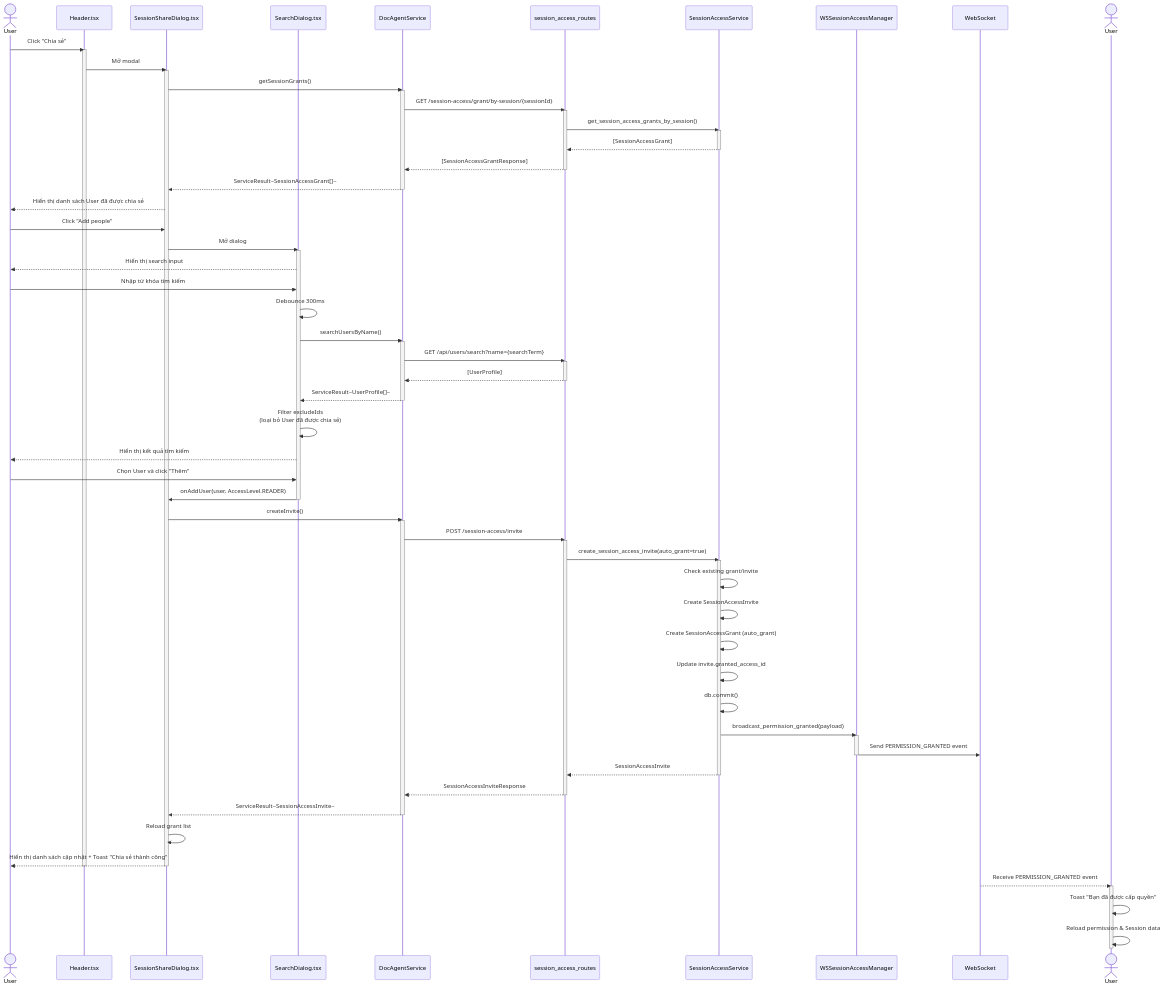
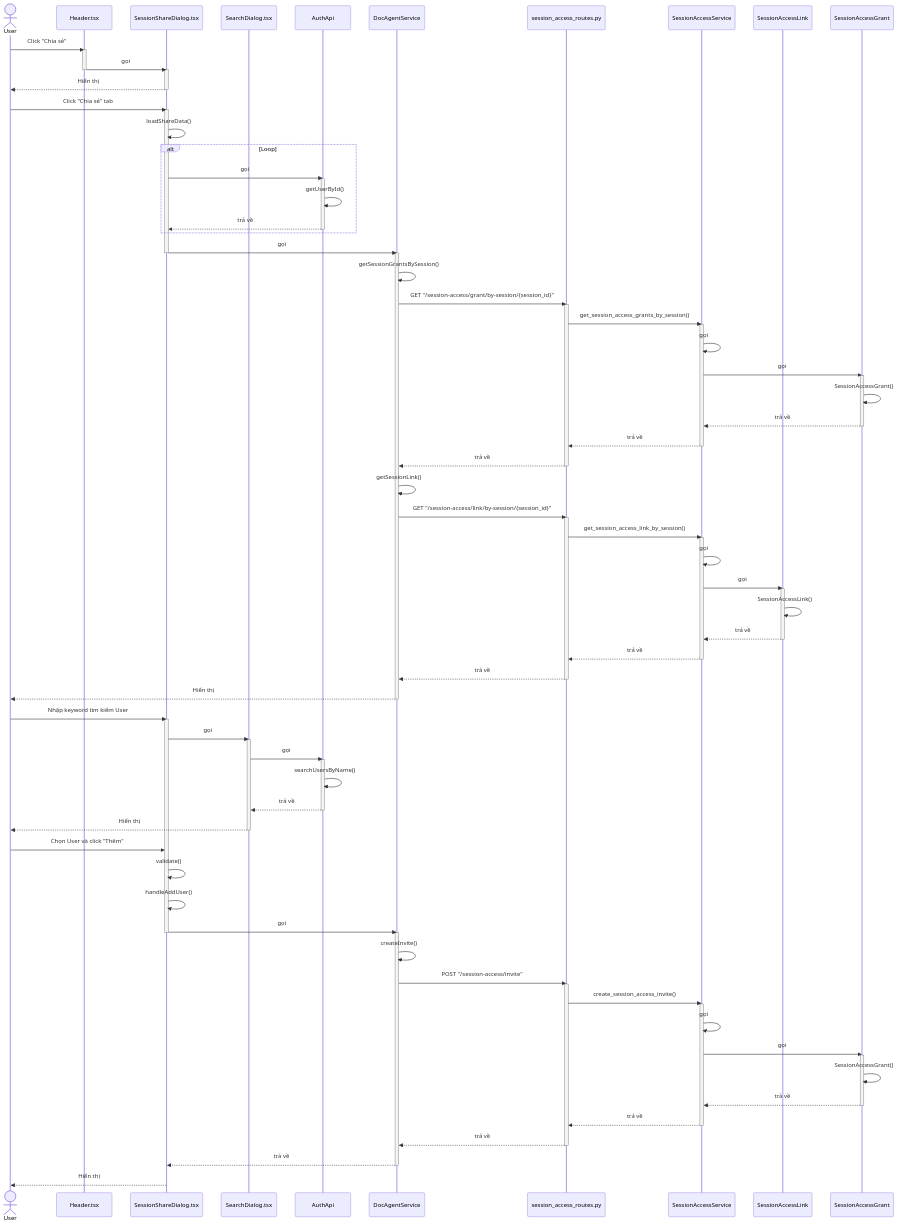
One commit to mduc-2610/gp_doc changed the first of 9 diagrams in session_access/4_session_access_seq.md. Above: the diagram before and after it, drawn with Mermaid. The commit also changed other lines of this file and 34 other files, not shown here.

````diff
--- a/session_access/4_session_access_seq.md
+++ b/session_access/4_session_access_seq.md
@@ -5,95 +5,134 @@
 ```mermaid
 sequenceDiagram
-    actor User1 as User
+    actor User
     participant Header as Header.tsx
-    participant ShareModal as SessionShareDialog.tsx
+    participant SessionShareDialog as SessionShareDialog.tsx
     participant SearchDialog as SearchDialog.tsx
+    participant AuthApi as AuthApi
     participant DocAgentService as DocAgentService
-    participant SessionAccessRoutes as session_access_routes
+    participant SessionAccessRoutes as session_access_routes.py
     participant SessionAccessService as SessionAccessService
-    participant WSManager as WSSessionAccessManager
-    participant WebSocket as WebSocket
-    actor User2 as User
+    participant SessionAccessLink as SessionAccessLink
+    participant SessionAccessGrant as SessionAccessGrant
 
-    User1->>Header: Click "Chia sẻ"
+    User->>Header: Click "Chia sẻ"
     activate Header
-    Header->>ShareModal: Mở modal
-    activate ShareModal
     
-    ShareModal->>DocAgentService: getSessionGrants()
+    Header->>SessionShareDialog: gọi
+    deactivate Header
+    activate SessionShareDialog
+    SessionShareDialog-->>User: Hiển thị
+    deactivate SessionShareDialog
+    
+    User->>SessionShareDialog: Click "Chia sẻ" tab
+    activate SessionShareDialog
+    
+    SessionShareDialog->>SessionShareDialog: loadShareData()
+    
+    alt Loop
+        SessionShareDialog->>AuthApi: gọi
+        activate AuthApi
+        AuthApi->>AuthApi: getUserById()
+        AuthApi-->>SessionShareDialog: trả về
+        deactivate AuthApi
+    end
+    
+    SessionShareDialog->>DocAgentService: gọi
+    deactivate SessionShareDialog
     activate DocAgentService
-    DocAgentService->>SessionAccessRoutes: GET /session-access/grant/by-session/{sessionId}
+    
+    DocAgentService->>DocAgentService: getSessionGrantsBySession()
+    DocAgentService->>SessionAccessRoutes: GET "/session-access/grant/by-session/{session_id}"
     activate SessionAccessRoutes
+    
     SessionAccessRoutes->>SessionAccessService: get_session_access_grants_by_session()
     activate SessionAccessService
-    SessionAccessService-->>SessionAccessRoutes: [SessionAccessGrant]
+    
+    SessionAccessService->>SessionAccessService: gọi
+    SessionAccessService->>SessionAccessGrant: gọi
+    activate SessionAccessGrant
+    
+    SessionAccessGrant->>SessionAccessGrant: SessionAccessGrant()
+    SessionAccessGrant-->>SessionAccessService: trả về
+    deactivate SessionAccessGrant
+    
+    SessionAccessService-->>SessionAccessRoutes: trả về
     deactivate SessionAccessService
-    SessionAccessRoutes-->>DocAgentService: [SessionAccessGrantResponse]
+    
+    SessionAccessRoutes-->>DocAgentService: trả về
     deactivate SessionAccessRoutes
-    DocAgentService-->>ShareModal: ServiceResult~SessionAccessGrant[]~
+    
+    DocAgentService->>DocAgentService: getSessionLink()
+    DocAgentService->>SessionAccessRoutes: GET "/session-access/link/by-session/{session_id}"
+    activate SessionAccessRoutes
+    
+    SessionAccessRoutes->>SessionAccessService: get_session_access_link_by_session()
+    activate SessionAccessService
+    
+    SessionAccessService->>SessionAccessService: gọi
+    SessionAccessService->>SessionAccessLink: gọi
+    activate SessionAccessLink
+    
+    SessionAccessLink->>SessionAccessLink: SessionAccessLink()
+    SessionAccessLink-->>SessionAccessService: trả về
+    deactivate SessionAccessLink
+    
+    SessionAccessService-->>SessionAccessRoutes: trả về
+    deactivate SessionAccessService
+    
+    SessionAccessRoutes-->>DocAgentService: trả về
+    deactivate SessionAccessRoutes
+    
+    DocAgentService-->>User: Hiển thị
     deactivate DocAgentService
     
-    ShareModal-->>User1: Hiển thị danh sách User đã được chia sẻ
+    User->>SessionShareDialog: Nhập keyword tìm kiếm User
+    activate SessionShareDialog
     
-    User1->>ShareModal: Click "Add people"
-    
-    ShareModal->>SearchDialog: Mở dialog
+    SessionShareDialog->>SearchDialog: gọi
     activate SearchDialog
     
-    SearchDialog-->>User1: Hiển thị search input
+    SearchDialog->>AuthApi: gọi
+    activate AuthApi
     
-    User1->>SearchDialog: Nhập từ khóa tìm kiếm
-    SearchDialog->>SearchDialog: Debounce 300ms
-    SearchDialog->>DocAgentService: searchUsersByName()
+    AuthApi->>AuthApi: searchUsersByName()
+    AuthApi-->>SearchDialog: trả về
+    deactivate AuthApi
+    
+    SearchDialog-->>User: Hiển thị
+    deactivate SearchDialog
+    
+    User->>SessionShareDialog: Chọn User và click "Thêm"
+    
+    SessionShareDialog->>SessionShareDialog: validate()
+    SessionShareDialog->>SessionShareDialog: handleAddUser()
+    SessionShareDialog->>DocAgentService: gọi
+    deactivate SessionShareDialog
     activate DocAgentService
-    DocAgentService->>SessionAccessRoutes: GET /api/users/search?name={searchTerm}
+    
+    DocAgentService->>DocAgentService: createInvite()
+    DocAgentService->>SessionAccessRoutes: POST "/session-access/invite"
     activate SessionAccessRoutes
-    SessionAccessRoutes-->>DocAgentService: [UserProfile]
+    
+    SessionAccessRoutes->>SessionAccessService: create_session_access_invite()
+    activate SessionAccessService
+    
+    SessionAccessService->>SessionAccessService: gọi
+    SessionAccessService->>SessionAccessGrant: gọi
+    activate SessionAccessGrant
+    
+    SessionAccessGrant->>SessionAccessGrant: SessionAccessGrant()
+    SessionAccessGrant-->>SessionAccessService: trả về
+    deactivate SessionAccessGrant
+    
+    SessionAccessService-->>SessionAccessRoutes: trả về
+    deactivate SessionAccessService
+    
+    SessionAccessRoutes-->>DocAgentService: trả về
     deactivate SessionAccessRoutes
-    DocAgentService-->>SearchDialog: ServiceResult~UserProfile[]~
+    
+    DocAgentService-->>SessionShareDialog: trả về
     deactivate DocAgentService
     
-    SearchDialog->>SearchDialog: Filter excludeIds<br/>(loại bỏ User đã được chia sẻ)
-    SearchDialog-->>User1: Hiển thị kết quả tìm kiếm
-    
-    User1->>SearchDialog: Chọn User và click "Thêm"
-    
-    SearchDialog->>ShareModal: onAddUser(user, AccessLevel.READER)
-    deactivate SearchDialog
-    
-    ShareModal->>DocAgentService: createInvite()
-    activate DocAgentService
-    DocAgentService->>SessionAccessRoutes: POST /session-access/invite
-    activate SessionAccessRoutes
-    SessionAccessRoutes->>SessionAccessService: create_session_access_invite(auto_grant=true)
-    activate SessionAccessService
-    
-    SessionAccessService->>SessionAccessService: Check existing grant/invite
-    SessionAccessService->>SessionAccessService: Create SessionAccessInvite
-    SessionAccessService->>SessionAccessService: Create SessionAccessGrant (auto_grant)
-    SessionAccessService->>SessionAccessService: Update invite.granted_access_id
-    SessionAccessService->>SessionAccessService: db.commit()
-    
-    SessionAccessService->>WSManager: broadcast_permission_granted(payload)
-    activate WSManager
-    WSManager->>WebSocket: Send PERMISSION_GRANTED event
-    deactivate WSManager
-    
-    SessionAccessService-->>SessionAccessRoutes: SessionAccessInvite
-    deactivate SessionAccessService
-    SessionAccessRoutes-->>DocAgentService: SessionAccessInviteResponse
-    deactivate SessionAccessRoutes
-    DocAgentService-->>ShareModal: ServiceResult~SessionAccessInvite~
-    deactivate DocAgentService
-    
-    ShareModal->>ShareModal: Reload grant list
-    ShareModal-->>User1: Hiển thị danh sách cập nhật + Toast "Chia sẻ thành công"
-    deactivate ShareModal
-    deactivate Header
-    
-    WebSocket-->>User2: Receive PERMISSION_GRANTED event
-    activate User2
-    User2->>User2: Toast "Bạn đã được cấp quyền"
-    User2->>User2: Reload permission & Session data
-    deactivate User2
+    SessionShareDialog-->>User: Hiển thị
 ```
````
